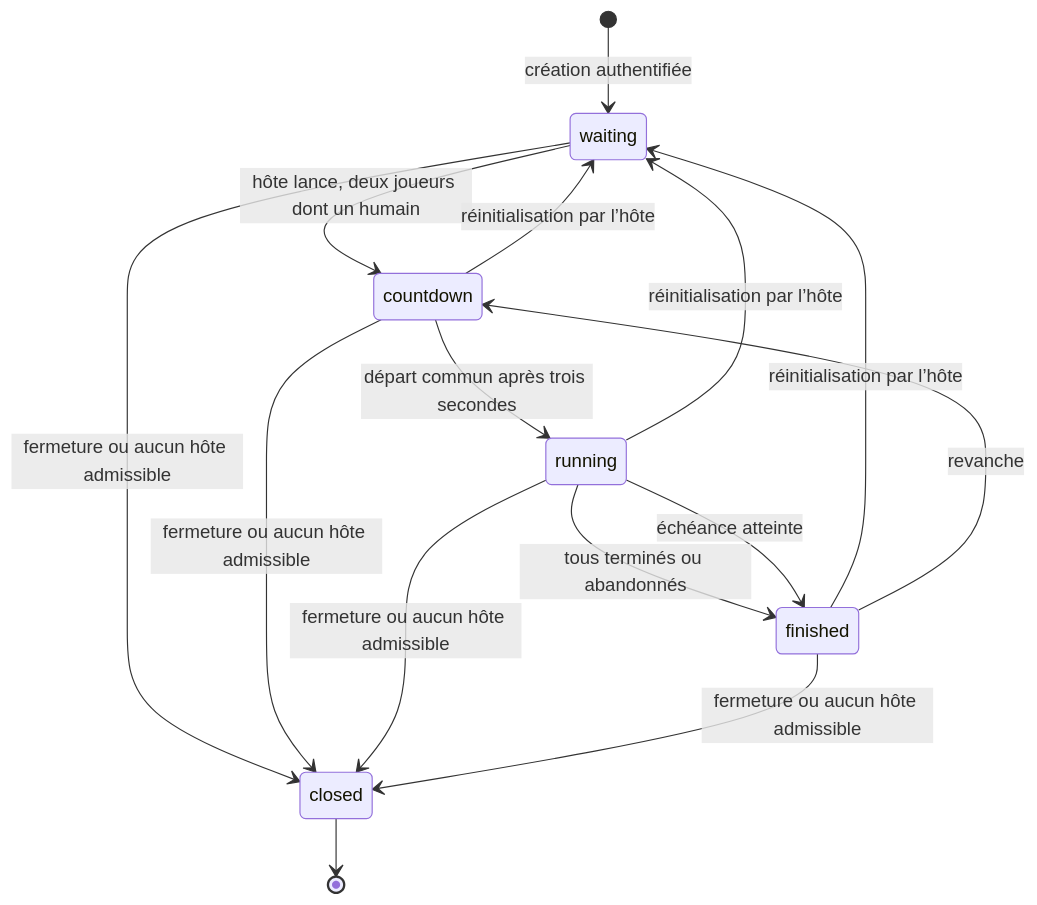
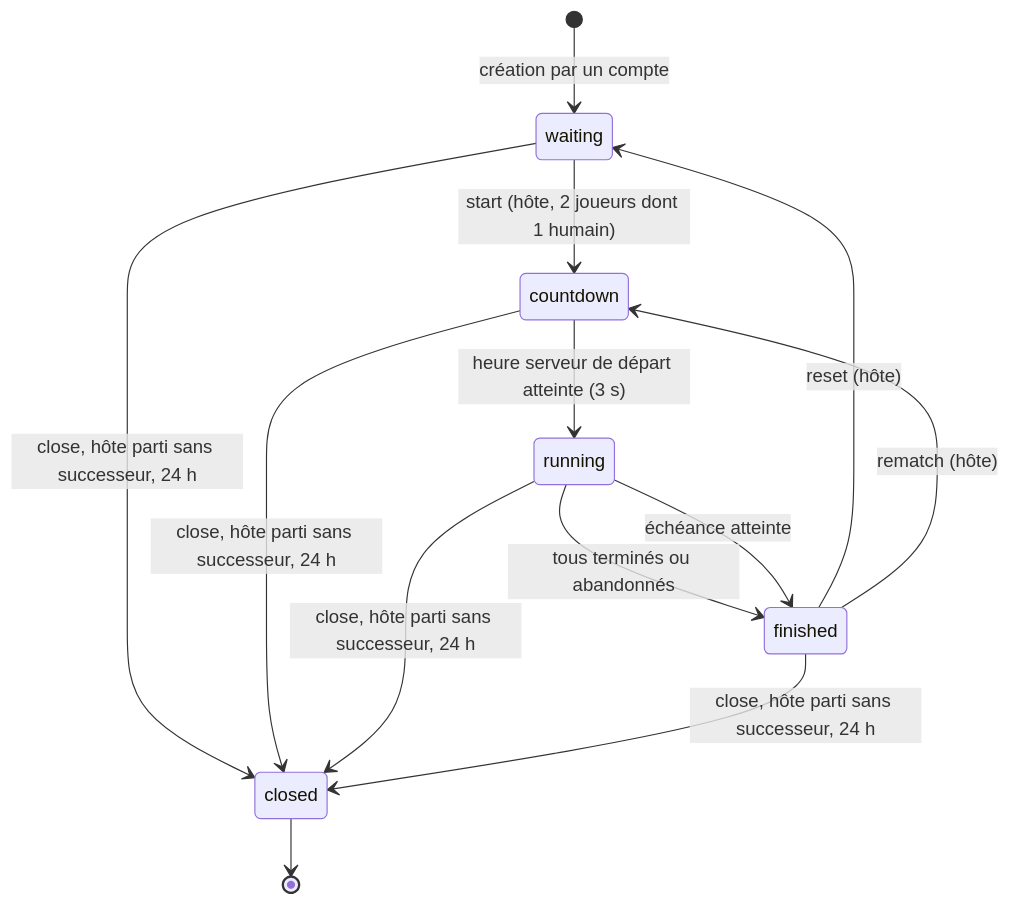
One commit to marissa274/Guepard-typing-website changed the diagram in docs/architecture/machine-etats.md. Above: the diagram before and after it, drawn with Mermaid. The commit also changed other lines of this file and 6 other files, not shown here.

First line of the commit message:
docs: add bots ADR, realtime message flow and text/bonus rules

````diff
--- a/docs/architecture/machine-etats.md
+++ b/docs/architecture/machine-etats.md
@@ -5,17 +5,15 @@
 ```mermaid
 stateDiagram-v2
-    [*] --> waiting: création authentifiée
-    waiting --> countdown: hôte lance, deux joueurs dont un humain
-    countdown --> running: départ commun après trois secondes
+    [*] --> waiting: création par un compte
+    waiting --> countdown: start (hôte, 2 joueurs dont 1 humain)
+    countdown --> running: heure serveur de départ atteinte (3 s)
     running --> finished: tous terminés ou abandonnés
     running --> finished: échéance atteinte
-    countdown --> waiting: réinitialisation par l’hôte
-    running --> waiting: réinitialisation par l’hôte
-    finished --> waiting: réinitialisation par l’hôte
-    finished --> countdown: revanche
-    waiting --> closed: fermeture ou aucun hôte admissible
-    countdown --> closed: fermeture ou aucun hôte admissible
-    running --> closed: fermeture ou aucun hôte admissible
-    finished --> closed: fermeture ou aucun hôte admissible
+    finished --> waiting: reset (hôte)
+    finished --> countdown: rematch (hôte)
+    waiting --> closed: close, hôte parti sans successeur, 24 h
+    countdown --> closed: close, hôte parti sans successeur, 24 h
+    running --> closed: close, hôte parti sans successeur, 24 h
+    finished --> closed: close, hôte parti sans successeur, 24 h
     closed --> [*]
 ```
````
